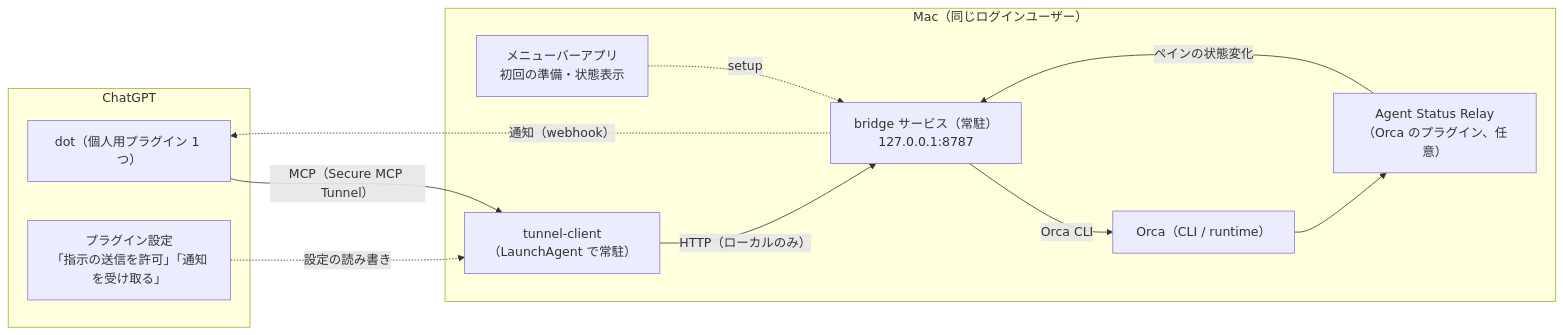
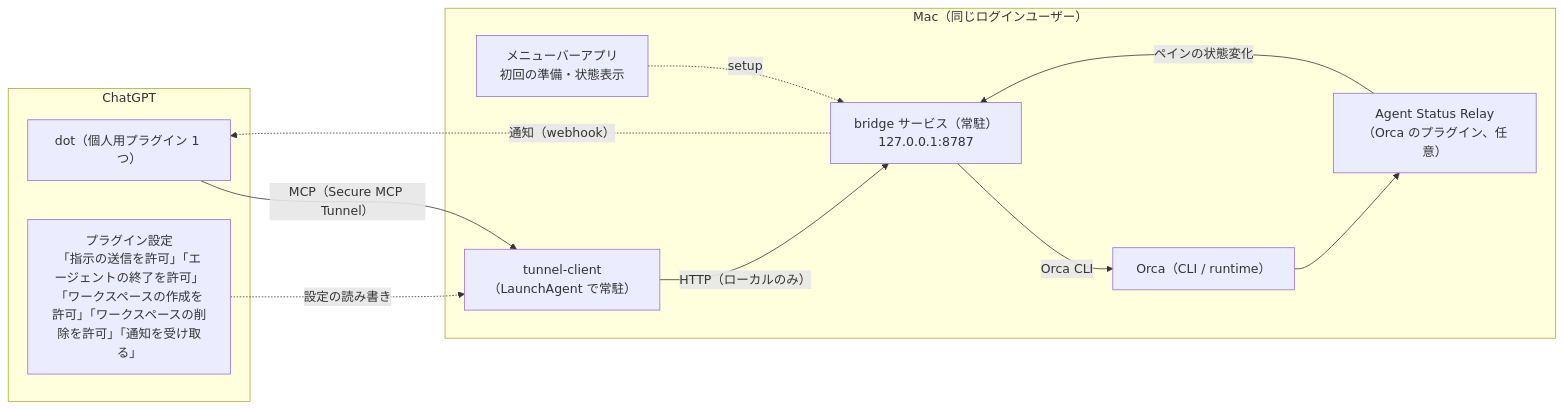
The diagram in README.md (andoshin11/orca-dots-bridge), drawn with Mermaid before and after one commit. The commit also changed other lines of this file and 14 other files, not shown here.

````diff
--- a/README.md
+++ b/README.md
@@ -15,22 +16,22 @@
 ```mermaid
 flowchart LR
   subgraph cloud["ChatGPT"]
     dot["dot（個人用プラグイン 1 つ）"]
-    settings["プラグイン設定<br/>「指示の送信を許可」「通知を受け取る」"]
+    settings["プラグイン設定<br/>「指示の送信を許可」「エージェントの終了を許可」<br/>「ワークスペースの作成を許可」「ワークスペースの削除を許可」「通知を受け取る」"]
   end
   subgraph mac["Mac（同じログインユーザー）"]
     app["メニューバーアプリ<br/>初回の準備・状態表示"]
     tunnel["tunnel-client<br/>（LaunchAgent で常駐）"]
     bridge["bridge サービス（常駐）<br/>127.0.0.1:8787"]
     relay["Agent Status Relay<br/>（Orca のプラグイン、任意）"]
     orca["Orca（CLI / runtime）"]
   end
   dot -- "MCP（Secure MCP Tunnel）" --> tunnel
   settings -. "設定の読み書き" .-> tunnel
   tunnel -- "HTTP（ローカルのみ）" --> bridge
   bridge -- "Orca CLI" --> orca
   orca --> relay
   relay -- "ペインの状態変化" --> bridge
   bridge -. "通知（webhook）" .-> dot
   app -. "setup" .-> bridge
 ```
````
